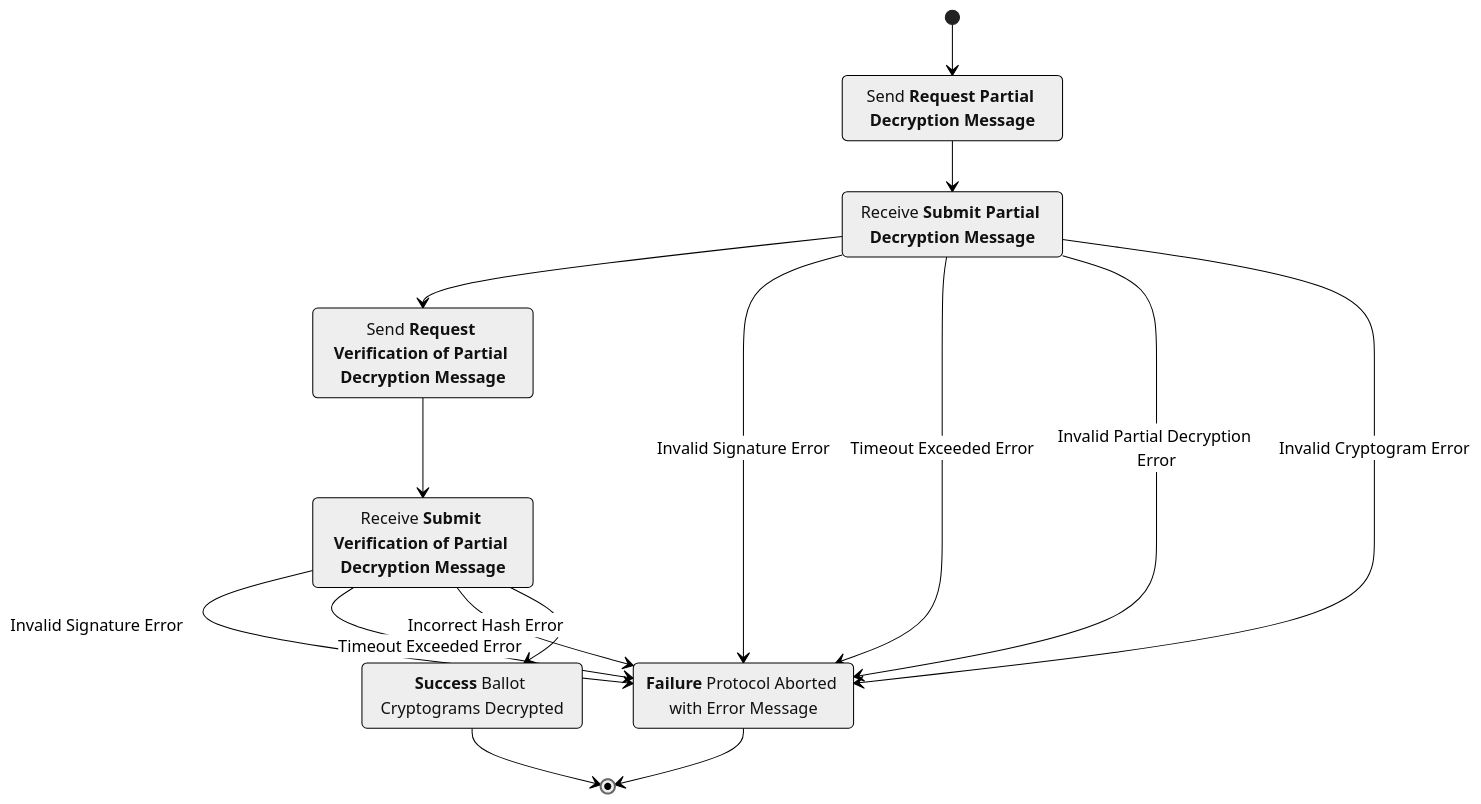
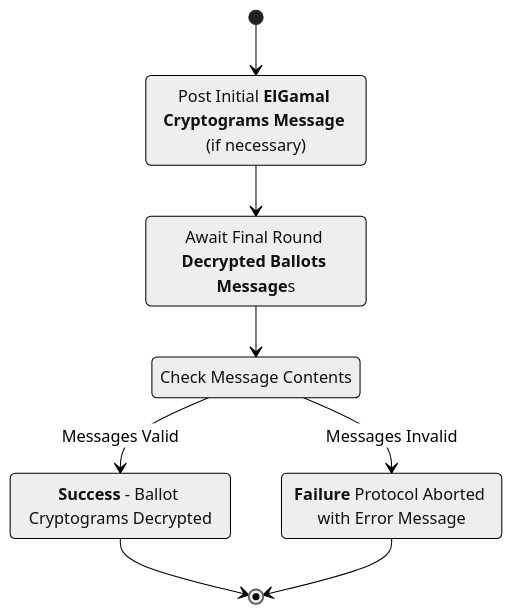
Before and after one commit to FreeAndFair/MobileVotingCoreCryptography: the second of 2 diagrams in docs/protocol/specs/trustee-decryption-spec.md, drawn with Mermaid (neutral theme). The commit also changed other lines of this file and 13 other files, not shown here.

````diff
--- a/docs/protocol/specs/trustee-decryption-spec.md
+++ b/docs/protocol/specs/trustee-decryption-spec.md
@@ -197,31 +202,18 @@
 ```mermaid
     stateDiagram-v2
-      rec_partial : Send **Request Partial Decryption Message**
-      sub_partial : Receive **Submit Partial Decryption Message**
-      rec_verif : Send **Request Verification of Partial Decryption Message**
-      sub_verif : Receive **Submit Verification of Partial Decryption Message**
+      post_init : Post Initial **ElGamal Cryptograms Message** (if necessary)
+      await_decryption : Await Final Round **Decrypted Ballots Message**s
+      check_messages: Check Message Contents
 
-      complete : **Success** Ballot Cryptograms Decrypted
+      complete : **Success** - Ballot Cryptograms Decrypted
       error : **Failure** Protocol Aborted with Error Message
 
-      [*] --> rec_partial
-
-      rec_partial --> sub_partial
-
-      sub_partial --> rec_verif
-      sub_partial --> error : Invalid Signature Error
-      sub_partial --> error : Timeout Exceeded Error
-      sub_partial --> error : Invalid Partial Decryption Error
-      sub_partial --> error : Invalid Cryptogram Error
-
-      rec_verif --> sub_verif
-
-      sub_verif --> error : Invalid Signature Error
-      sub_verif --> error : Timeout Exceeded Error
-      sub_verif --> error : Incorrect Hash Error
-
-      sub_verif --> complete
+      [*] --> post_init
+      post_init --> await_decryption
+      await_decryption --> check_messages
+      check_messages --> complete : Messages Valid
+      check_messages --> error : Messages Invalid
 
       complete --> [*]
       error --> [*]
 ```
````
